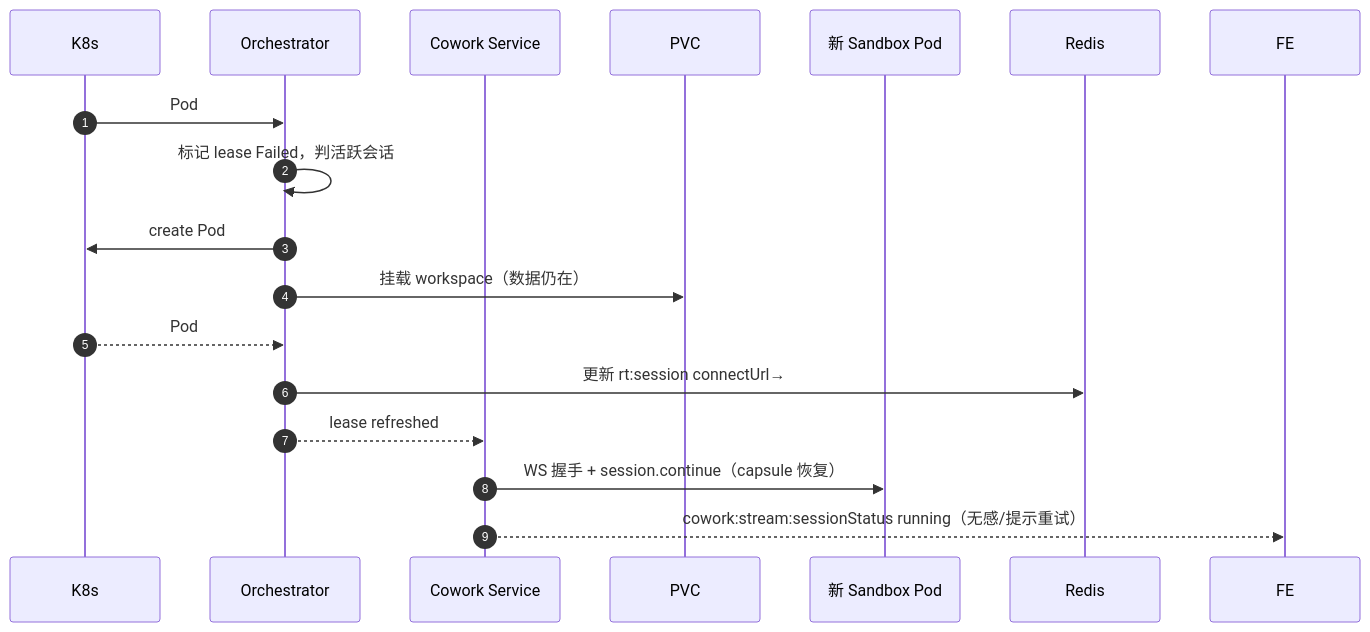
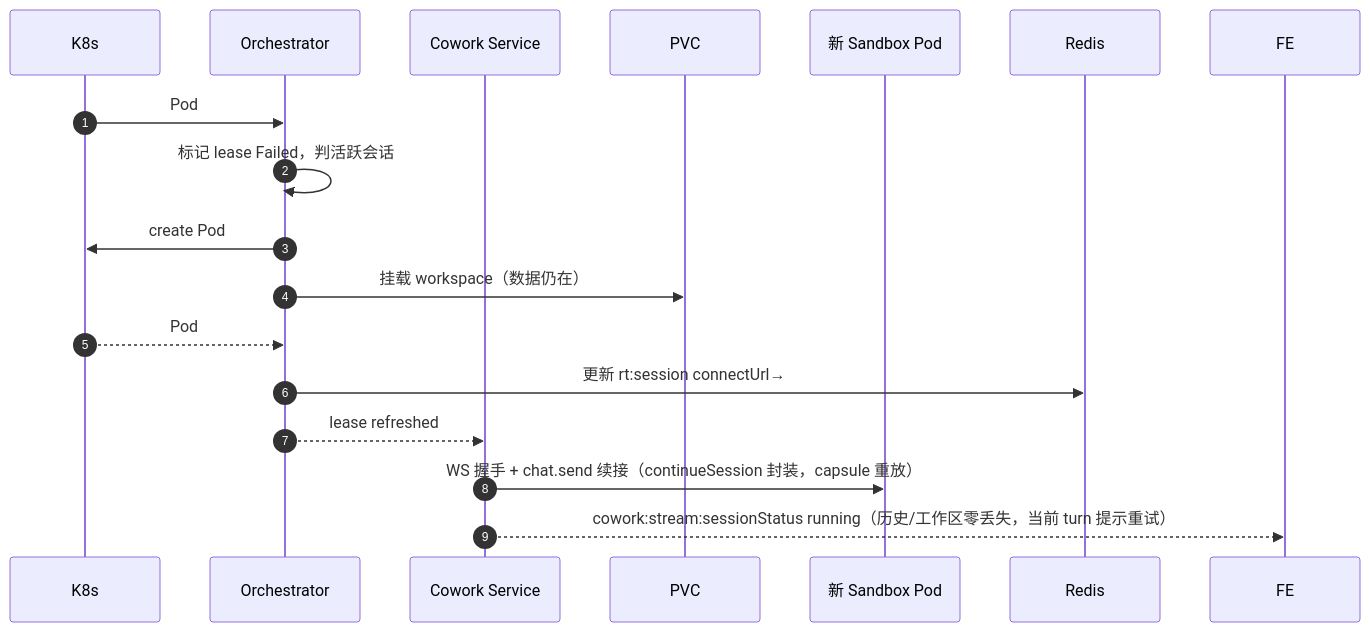
Before and after one commit to edward-ng-duke/LobsterAI: the seventh of 7 diagrams in 改造计划/07-OpenClaw运行时编排与沙箱隔离.md, drawn with Mermaid. The commit also changed other lines of this file and 22 other files, not shown here.

````diff
--- a/改造计划/07-OpenClaw运行时编排与沙箱隔离.md
+++ b/改造计划/07-OpenClaw运行时编排与沙箱隔离.md
@@ -565,19 +653,19 @@
 ```mermaid
 sequenceDiagram
   autonumber
   participant K8s
   participant ORCH as Orchestrator
   participant COW as Cowork Service
   participant PVC
   participant NEW as 新 Sandbox Pod
 
   K8s->>ORCH: Pod #A CrashLoopBackOff / probe fail
   ORCH->>ORCH: 标记 lease Failed，判活跃会话
   ORCH->>K8s: create Pod #B（同 PVC 子路径 + 新 token）
   ORCH->>PVC: 挂载 workspace（数据仍在）
   K8s-->>ORCH: Pod #B Ready
   ORCH->>Redis: 更新 rt:session connectUrl→#B
   ORCH-->>COW: lease refreshed
-  COW->>NEW: WS 握手 + session.continue（capsule 恢复）
-  COW-->>FE: cowork:stream:sessionStatus running（无感/提示重试）
+  COW->>NEW: WS 握手 + chat.send 续接（continueSession 封装，capsule 重放）
+  COW-->>FE: cowork:stream:sessionStatus running（历史/工作区零丢失，当前 turn 提示重试）
 ```
````
